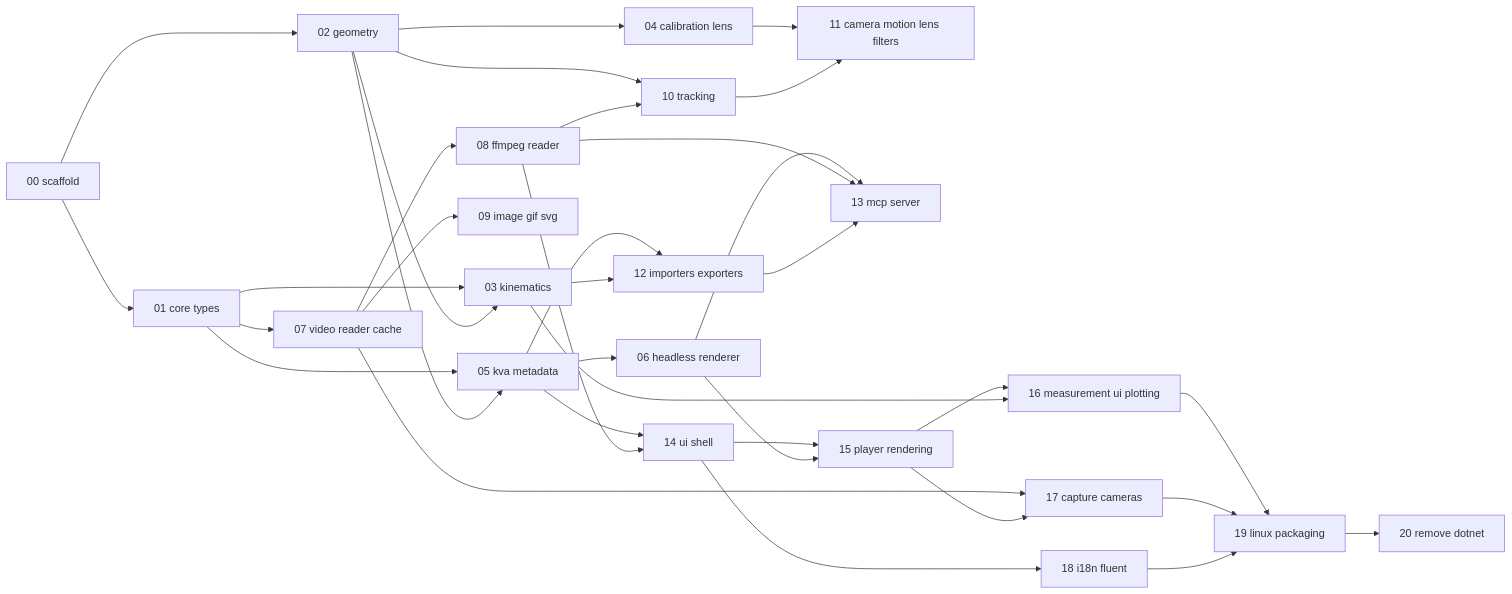
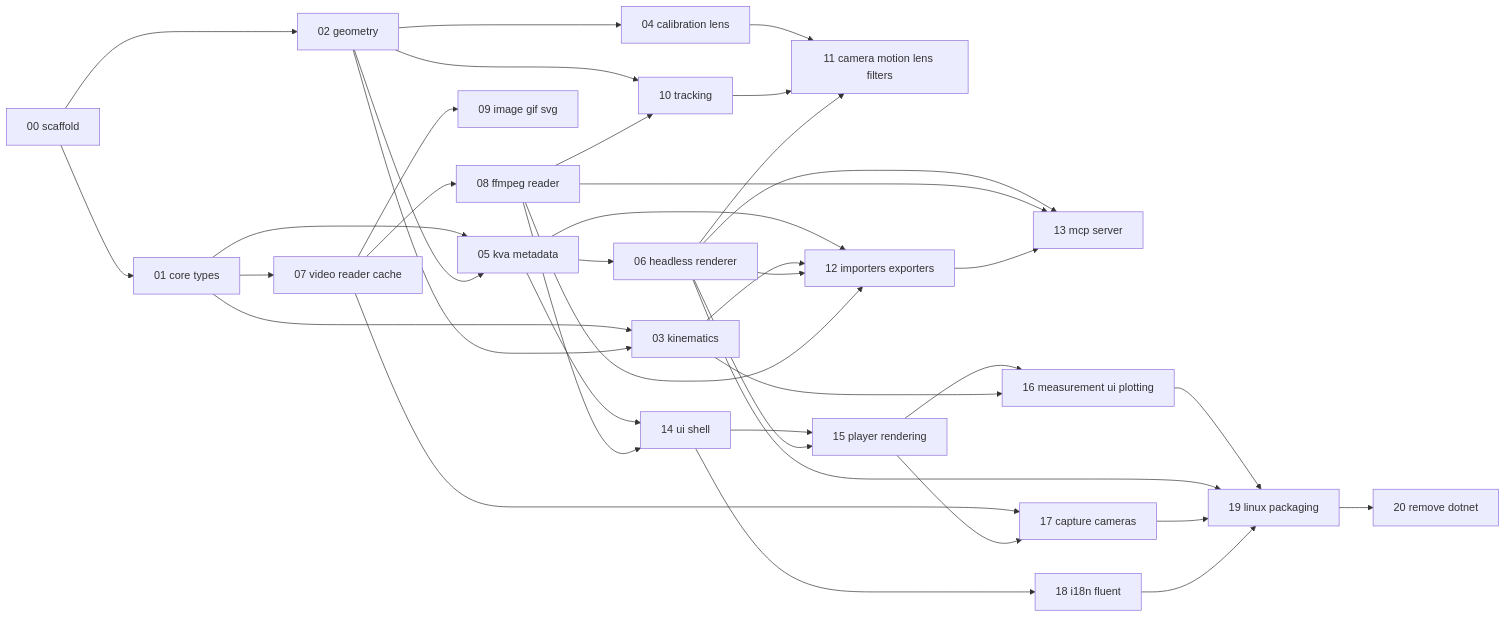
The diagram in openspec/roadmap.md (artiko00/Kinovea), drawn with Mermaid before and after one commit. The commit also changed other lines of this file and 154 other files, not shown here.

Commit message:
docs: propose OpenSpec changes 01-20 for the Rust migration roadmap

````diff
--- a/openspec/roadmap.md
+++ b/openspec/roadmap.md
@@ -49,36 +49,40 @@
 ```mermaid
 graph LR
     C00[00 scaffold] --> C01[01 core types]
     C00 --> C02[02 geometry]
     C01 --> C03[03 kinematics]
     C02 --> C03
     C02 --> C04[04 calibration lens]
     C01 --> C05[05 kva metadata]
     C02 --> C05
     C05 --> C06[06 headless renderer]
     C01 --> C07[07 video reader cache]
     C07 --> C08[08 ffmpeg reader]
     C07 --> C09[09 image gif svg]
     C02 --> C10[10 tracking]
     C08 --> C10
     C04 --> C11[11 camera motion lens filters]
     C10 --> C11
+    C06 --> C11
     C05 --> C12[12 importers exporters]
     C03 --> C12
+    C06 --> C12
+    C08 --> C12
     C06 --> C13[13 mcp server]
     C08 --> C13
     C12 --> C13
     C05 --> C14[14 ui shell]
     C08 --> C14
     C14 --> C15[15 player rendering]
     C06 --> C15
     C15 --> C16[16 measurement ui plotting]
     C03 --> C16
     C07 --> C17[17 capture cameras]
     C15 --> C17
     C14 --> C18[18 i18n fluent]
     C16 --> C19[19 linux packaging]
+    C06 --> C19
     C17 --> C19
     C18 --> C19
     C19 --> C20[20 remove dotnet]
 ```
````
